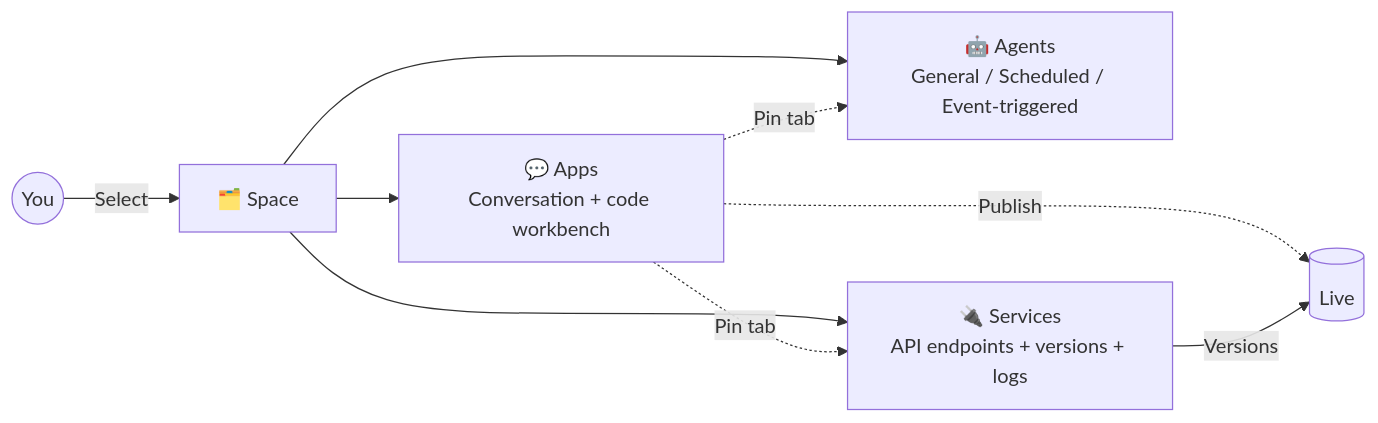
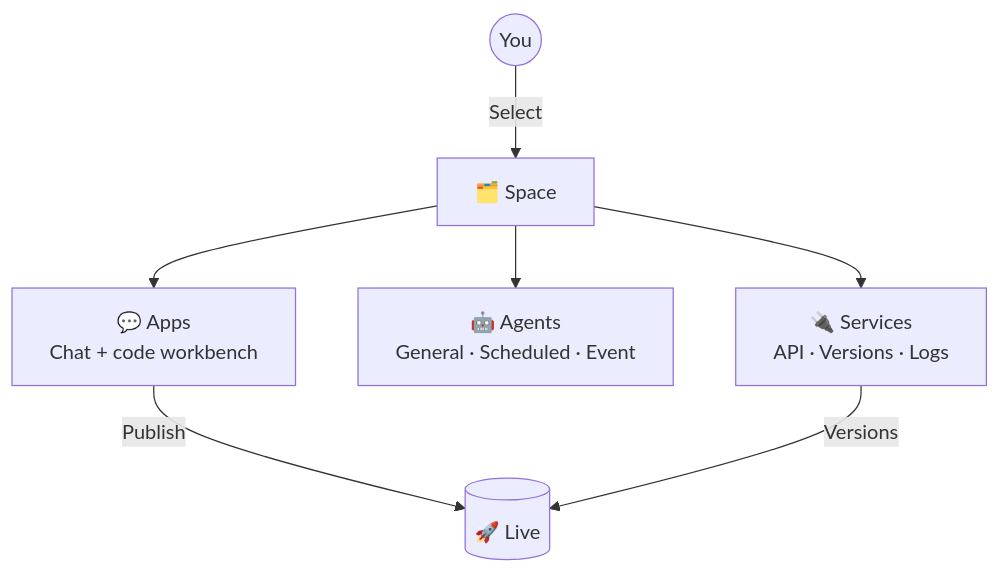
Before and after one commit to olojiang/spatial-smart-docs: the diagram in docs/en/guide/overview.md, drawn with Mermaid. The commit also changed 9 other files, not shown here.

Commit message:
图表重设计：随主题配色、文字不裁切、标签胶囊、更大箭头；简化交叉连线

````diff
--- a/docs/en/guide/overview.md
+++ b/docs/en/guide/overview.md
@@ -16,11 +16,9 @@
 ```mermaid
-flowchart LR
+flowchart TB
   U((You)) -->|Select| S[🗂️ Space]
-  S --> A[💬 Apps<br/>Conversation + code workbench]
-  S --> G[🤖 Agents<br/>General / Scheduled / Event-triggered]
-  S --> V[🔌 Services<br/>API endpoints + versions + logs]
-  A -. Pin tab .-> G
-  A -. Pin tab .-> V
-  A -. Publish .-> P[(Live)]
+  S --> A[💬 Apps<br/>Chat + code workbench]
+  S --> G[🤖 Agents<br/>General · Scheduled · Event]
+  S --> V[🔌 Services<br/>API · Versions · Logs]
+  A -->|Publish| P[(🚀 Live)]
   V -->|Versions| P
 ```
````
